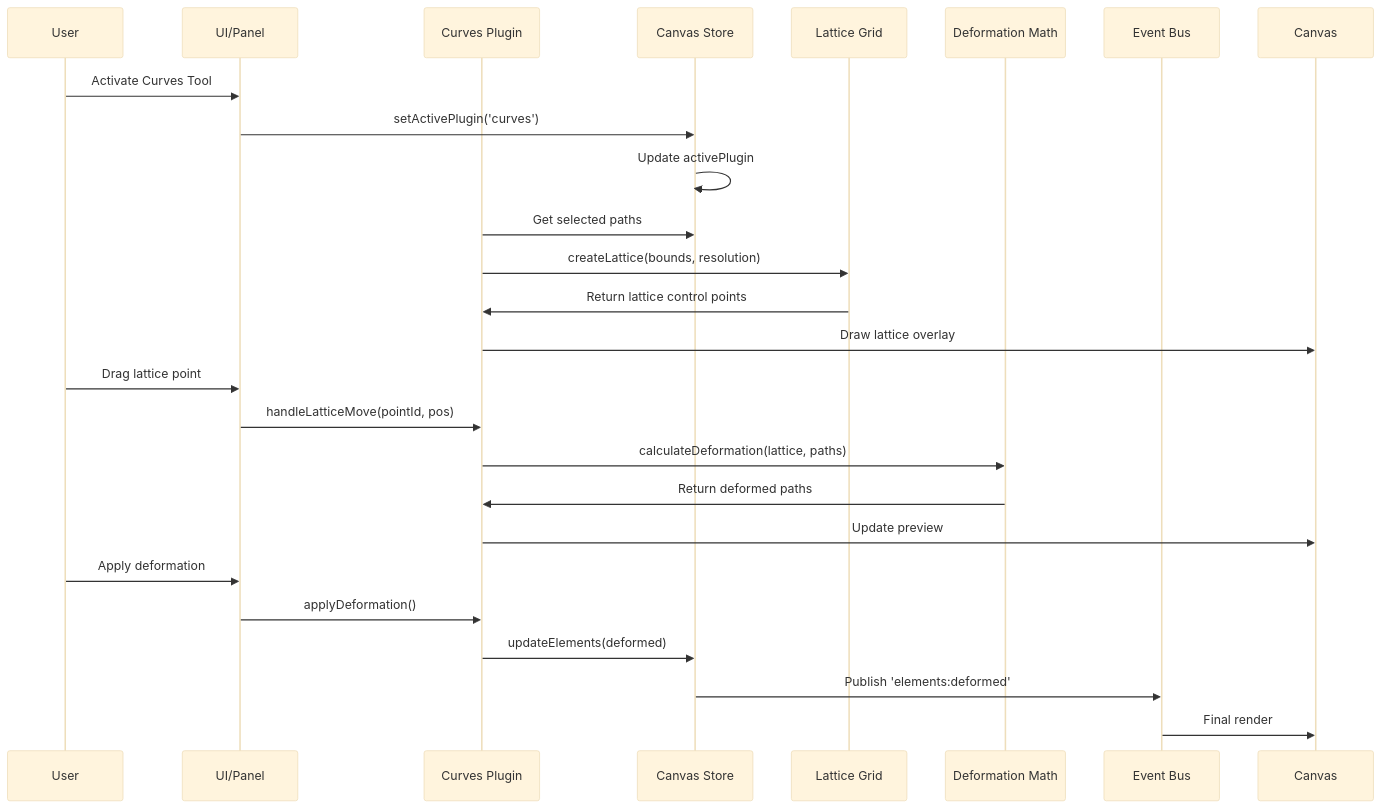
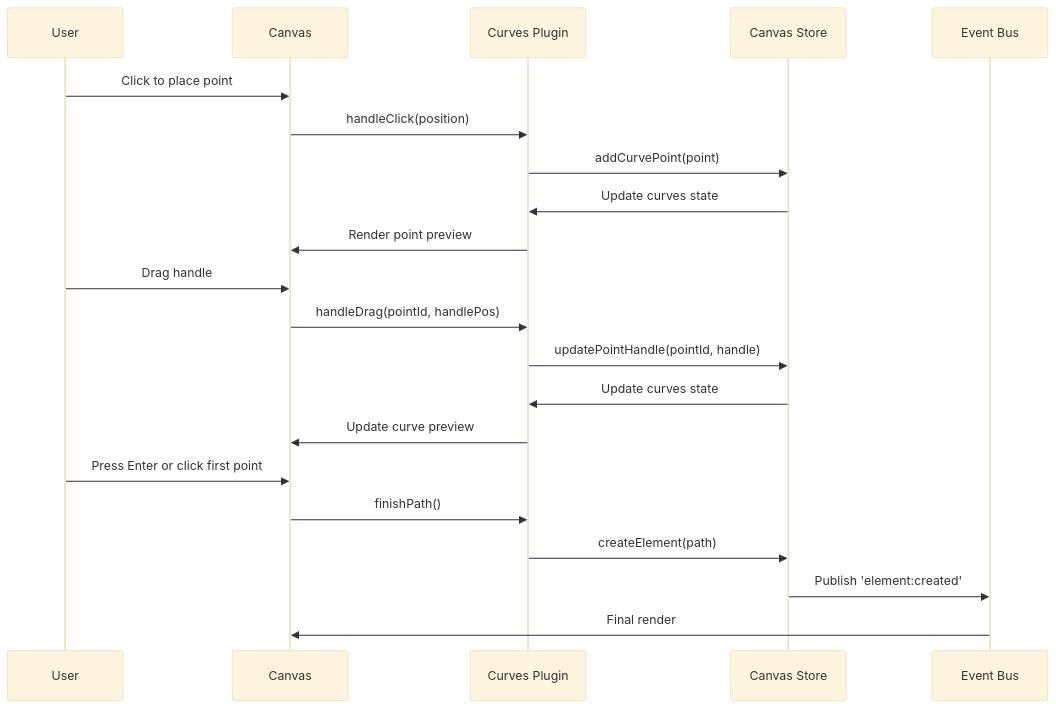
The first of 2 diagrams in doc/docs/plugins/catalog/curves.md (ekrsulov/ttpe), drawn with Mermaid (base theme) before and after one commit. The commit also changed other lines of this file, not shown here.

Commit message:
docs: fix curves plugin documentation - describe Bézier curve drawing tool accurately

````diff
--- a/doc/docs/plugins/catalog/curves.md
+++ b/doc/docs/plugins/catalog/curves.md
@@ -21,31 +25,26 @@
 ```mermaid
 sequenceDiagram
     participant User
-    participant UI as UI/Panel
+    participant Canvas
     participant CP as Curves Plugin
     participant Store as Canvas Store
-    participant LG as Lattice Grid
-    participant DM as Deformation Math
     participant EB as Event Bus
-    participant Canvas
     
-    User->>UI: Activate Curves Tool
-    UI->>Store: setActivePlugin('curves')
-    Store->>Store: Update activePlugin
-    CP->>Store: Get selected paths
-    CP->>LG: createLattice(bounds, resolution)
-    LG->>CP: Return lattice control points
-    CP->>Canvas: Draw lattice overlay
+    User->>Canvas: Click to place point
+    Canvas->>CP: handleClick(position)
+    CP->>Store: addCurvePoint(point)
+    Store->>CP: Update curves state
+    CP->>Canvas: Render point preview
     
-    User->>UI: Drag lattice point
-    UI->>CP: handleLatticeMove(pointId, pos)
-    CP->>DM: calculateDeformation(lattice, paths)
-    DM->>CP: Return deformed paths
-    CP->>Canvas: Update preview
+    User->>Canvas: Drag handle
+    Canvas->>CP: handleDrag(pointId, handlePos)
+    CP->>Store: updatePointHandle(pointId, handle)
+    Store->>CP: Update curves state
+    CP->>Canvas: Update curve preview
     
-    User->>UI: Apply deformation
-    UI->>CP: applyDeformation()
-    CP->>Store: updateElements(deformed)
-    Store->>EB: Publish 'elements:deformed'
+    User->>Canvas: Press Enter or click first point
+    Canvas->>CP: finishPath()
+    CP->>Store: createElement(path)
+    Store->>EB: Publish 'element:created'
     EB->>Canvas: Final render
 ```
````
